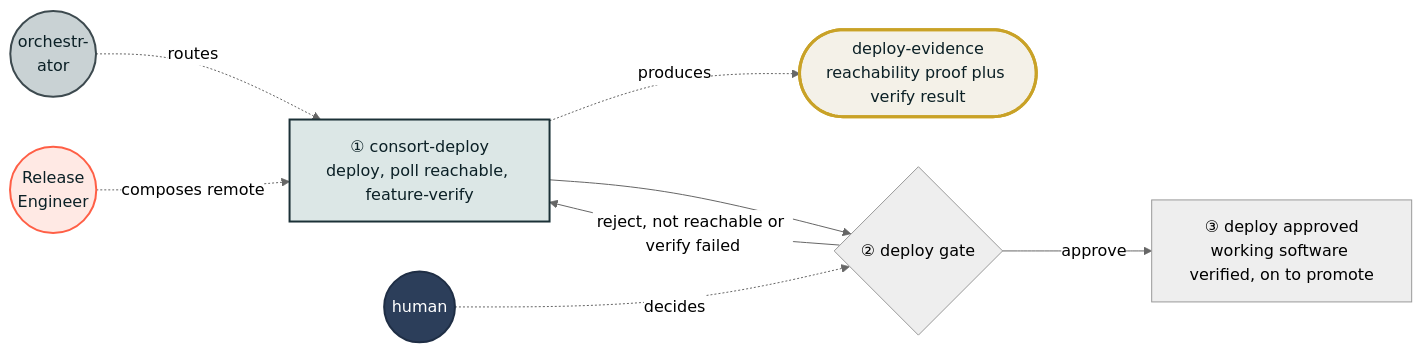
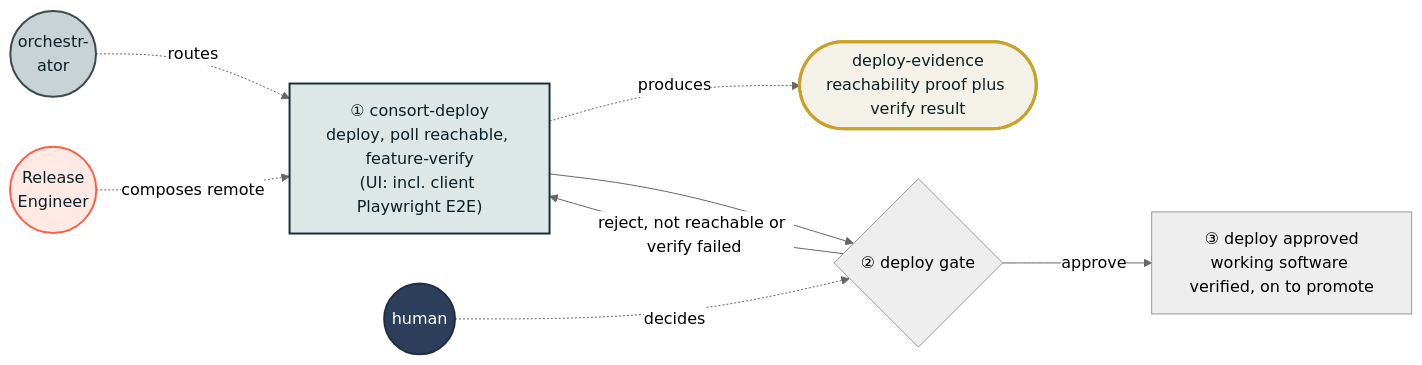
The eighth of 10 diagrams in skills/consort/references/workflow-state-machine.md (antonyprasad-db/lakebase-app-dev-kit), drawn with Mermaid (neutral theme) before and after one commit. The commit also changed other lines of this file and 60 other files, not shown here.

First line of the commit message:
feat(gates): spec gate hard-blocks a client-facing feature designed as all-backend (v0.3.54)

````diff
--- a/skills/consort/references/workflow-state-machine.md
+++ b/skills/consort/references/workflow-state-machine.md
@@ -292,24 +292,24 @@
 ```mermaid
 flowchart LR
     ORCH(("orchestr-<br/>ator")) -. routes .-> deploy
     RE(("Release<br/>Engineer")) -. composes remote .-> deploy
-    deploy["① consort-deploy<br/>deploy, poll reachable, feature-verify"] -. produces .-> evidence(["deploy-evidence<br/>reachability proof plus verify result"])
+    deploy["① consort-deploy<br/>deploy, poll reachable, feature-verify<br/>(UI: incl. client Playwright E2E)"] -. produces .-> evidence(["deploy-evidence<br/>reachability proof plus verify result"])
     deploy --> DeployGate
     HU(("human")) -. decides .-> DeployGate
     DeployGate{② deploy gate}
     DeployGate -->|reject, not reachable or verify failed| deploy
     DeployGate -->|approve| approved
     approved["③ deploy approved<br/>working software verified, on to promote"]
 
     classDef orch fill:#C9D2D4,stroke:#3D4A4F,stroke-width:2px,color:#0B2026;
     classDef role fill:#FFE9E4,stroke:#FF5F46,stroke-width:2px,color:#0B2026;
     classDef determ fill:#DCE7E6,stroke:#1B3137,stroke-width:2px,color:#0B2026;
     classDef human fill:#2C3E5A,stroke:#1F2E45,stroke-width:2px,color:#FFFFFF;
     classDef artifact fill:#F4F1E8,stroke:#B9A88F,stroke-width:1px,color:#0B2026;
     classDef frozen fill:#F4F1E8,stroke:#C9A227,stroke-width:3px,color:#0B2026;
     class ORCH orch;
     class RE role;
     class deploy determ;
     class HU human;
     class evidence frozen;
 ```
````
